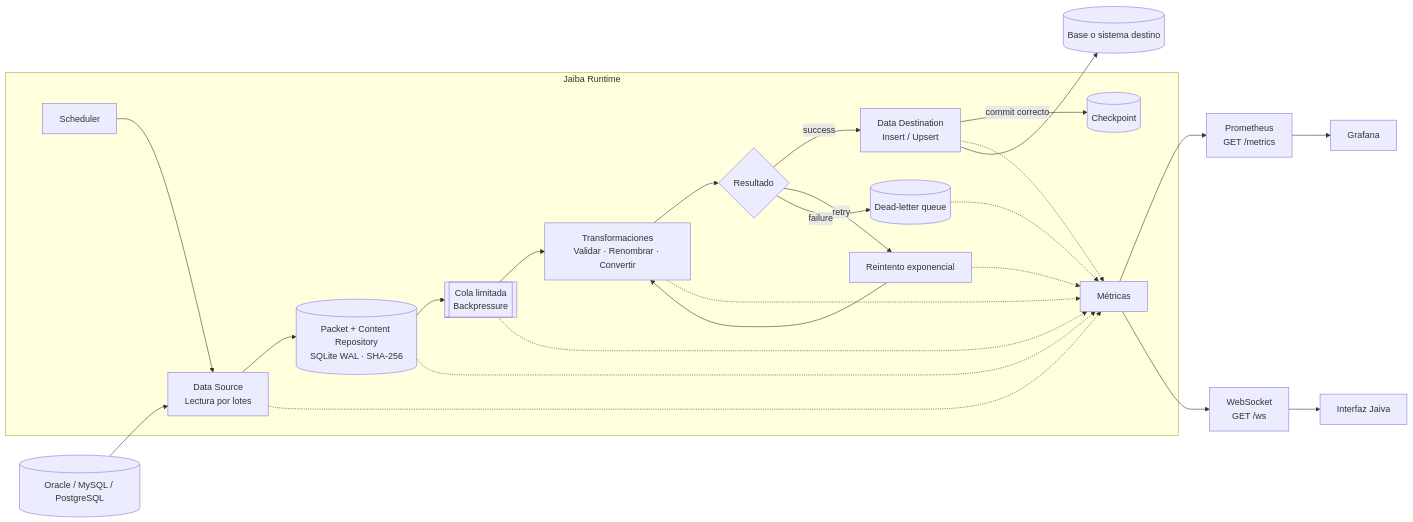
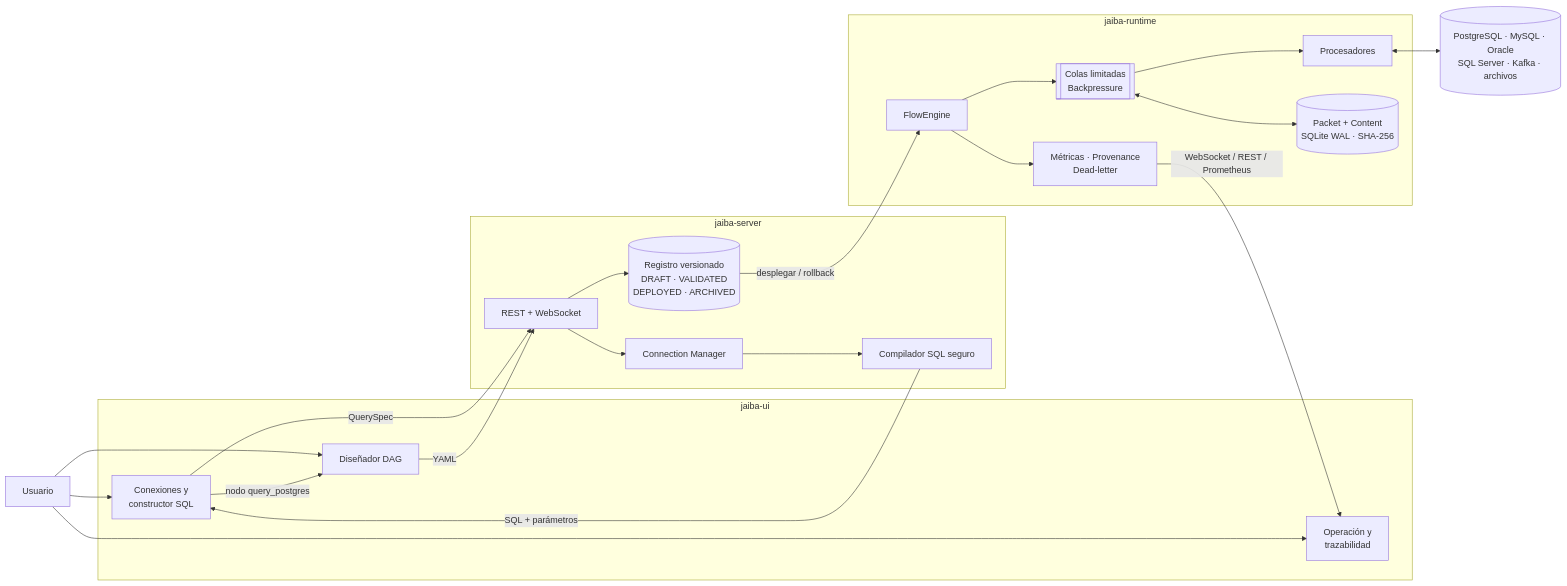
Before and after one commit to dfr2098/jaiva: the diagram in README.md, drawn with Mermaid. The commit also changed other lines of this file and 27 other files, not shown here.

````diff
--- a/README.md
+++ b/README.md
@@ -21,45 +22,44 @@
 ```mermaid
 flowchart LR
-    SRC[(Oracle / MySQL / PostgreSQL)]
+    USER["Usuario"]
 
-    subgraph JAIBA["Jaiba Runtime"]
-        SCHED["Scheduler"]
-        READ["Data Source<br/>Lectura por lotes"]
-        REPOSITORY[("Packet + Content Repository<br/>SQLite WAL · SHA-256")]
-        QUEUE[["Cola limitada<br/>Backpressure"]]
-        TRANSFORM["Transformaciones<br/>Validar · Renombrar · Convertir"]
-        ROUTE{"Resultado"}
-        WRITE["Data Destination<br/>Insert / Upsert"]
-        CHECKPOINT[("Checkpoint")]
-        RETRY["Reintento exponencial"]
-        DLQ[("Dead-letter queue")]
-        METRICS["Métricas"]
-
-        SCHED --> READ
-        READ --> REPOSITORY
-        REPOSITORY --> QUEUE
-        QUEUE --> TRANSFORM
-        TRANSFORM --> ROUTE
-        ROUTE -- success --> WRITE
-        WRITE -- commit correcto --> CHECKPOINT
-        ROUTE -- retry --> RETRY
-        RETRY --> TRANSFORM
-        ROUTE -- failure --> DLQ
-
-        READ -.-> METRICS
-        QUEUE -.-> METRICS
-        TRANSFORM -.-> METRICS
-        WRITE -.-> METRICS
-        RETRY -.-> METRICS
-        DLQ -.-> METRICS
-        REPOSITORY -.-> METRICS
+    subgraph UI["jaiba-ui"]
+        CMUI["Conexiones y<br/>constructor SQL"]
+        DESIGNER["Diseñador DAG"]
+        OPS["Operación y<br/>trazabilidad"]
     end
 
-    SRC --> READ
-    WRITE --> DST[(Base o sistema destino)]
+    subgraph SERVER["jaiba-server"]
+        API["REST + WebSocket"]
+        CM["Connection Manager"]
+        SQL["Compilador SQL seguro"]
+        VERSIONS[("Registro versionado<br/>DRAFT · VALIDATED<br/>DEPLOYED · ARCHIVED")]
+    end
 
-    METRICS --> PROM["Prometheus<br/>GET /metrics"]
-    PROM --> GRAFANA["Grafana"]
-    METRICS --> WS["WebSocket<br/>GET /ws"]
-    WS --> UI["Interfaz Jaiva"]
+    subgraph RUNTIME["jaiba-runtime"]
+        ENGINE["FlowEngine"]
+        QUEUE[["Colas limitadas<br/>Backpressure"]]
+        PROCESSORS["Procesadores"]
+        REPOSITORY[("Packet + Content<br/>SQLite WAL · SHA-256")]
+        OBS["Métricas · Provenance<br/>Dead-letter"]
+    end
+
+    SYSTEMS[("PostgreSQL · MySQL · Oracle<br/>SQL Server · Kafka · archivos")]
+
+    USER --> CMUI
+    USER --> DESIGNER
+    USER --> OPS
+    CMUI -->|QuerySpec| API
+    API --> CM
+    CM --> SQL
+    SQL -->|SQL + parámetros| CMUI
+    CMUI -->|nodo query_postgres| DESIGNER
+    DESIGNER -->|YAML| API
+    API --> VERSIONS
+    VERSIONS -->|desplegar / rollback| ENGINE
+    ENGINE --> QUEUE --> PROCESSORS
+    PROCESSORS <--> SYSTEMS
+    QUEUE <--> REPOSITORY
+    ENGINE --> OBS
+    OBS -->|WebSocket / REST / Prometheus| OPS
 ```
````
